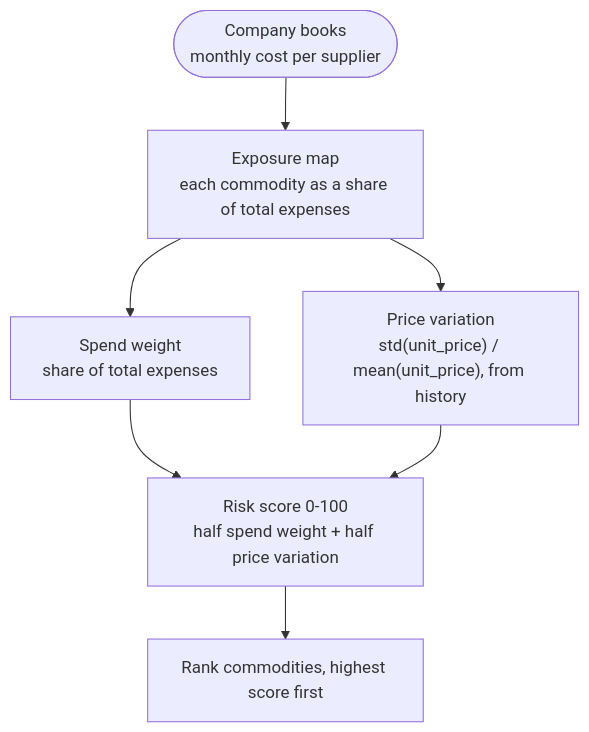
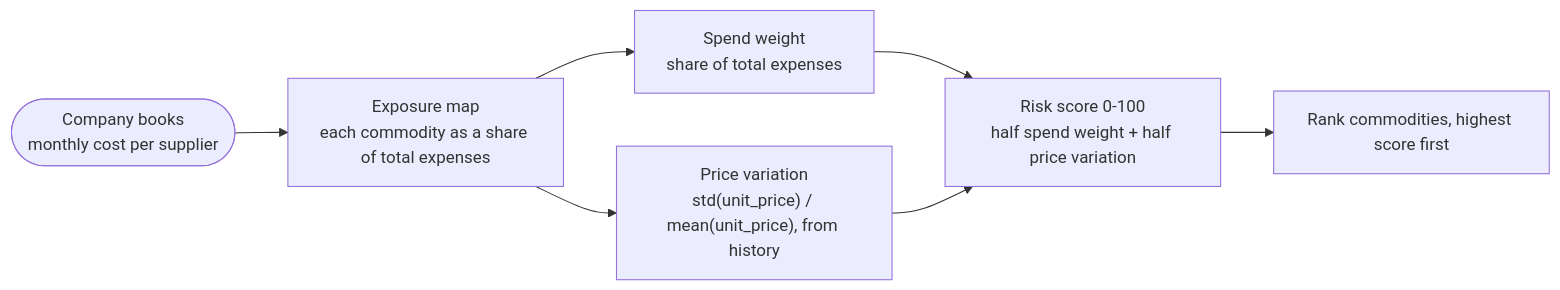
The second of 5 diagrams in README.md (briacSck/spice-finance-YC-hack), drawn with Mermaid before and after one commit. The commit also changed other lines of this file, not shown here.

Commit message:
Update flowcharts

````diff
--- a/README.md
+++ b/README.md
@@ -58,10 +58,10 @@
 ```mermaid
-flowchart TB
+flowchart LR
     BOOKS(["Company books<br/>monthly cost per supplier"])
     BOOKS --> EXPO["Exposure map<br/>each commodity as a share of total expenses"]
     EXPO --> SH["Spend weight<br/>share of total expenses"]
     EXPO --> CV["Price variation<br/>std(unit_price) / mean(unit_price), from history"]
     SH --> SCORE["Risk score 0-100<br/>half spend weight + half price variation"]
     CV --> SCORE
     SCORE --> RANK["Rank commodities, highest score first"]
 ```
````
